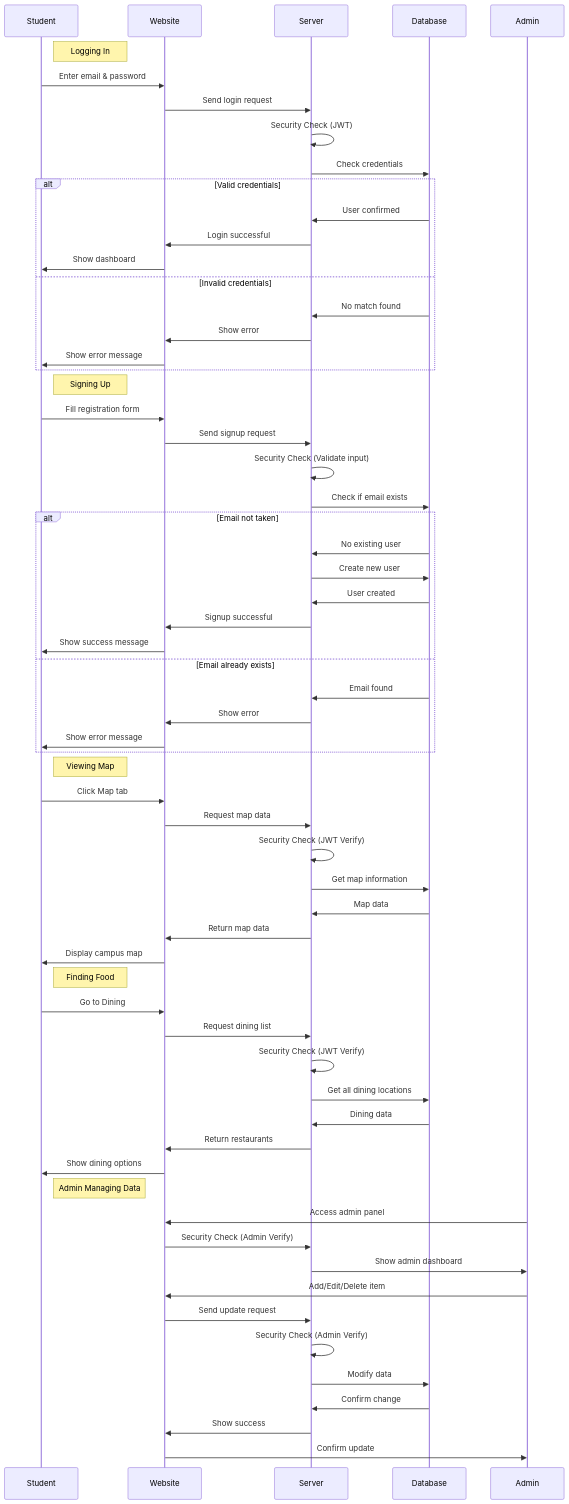
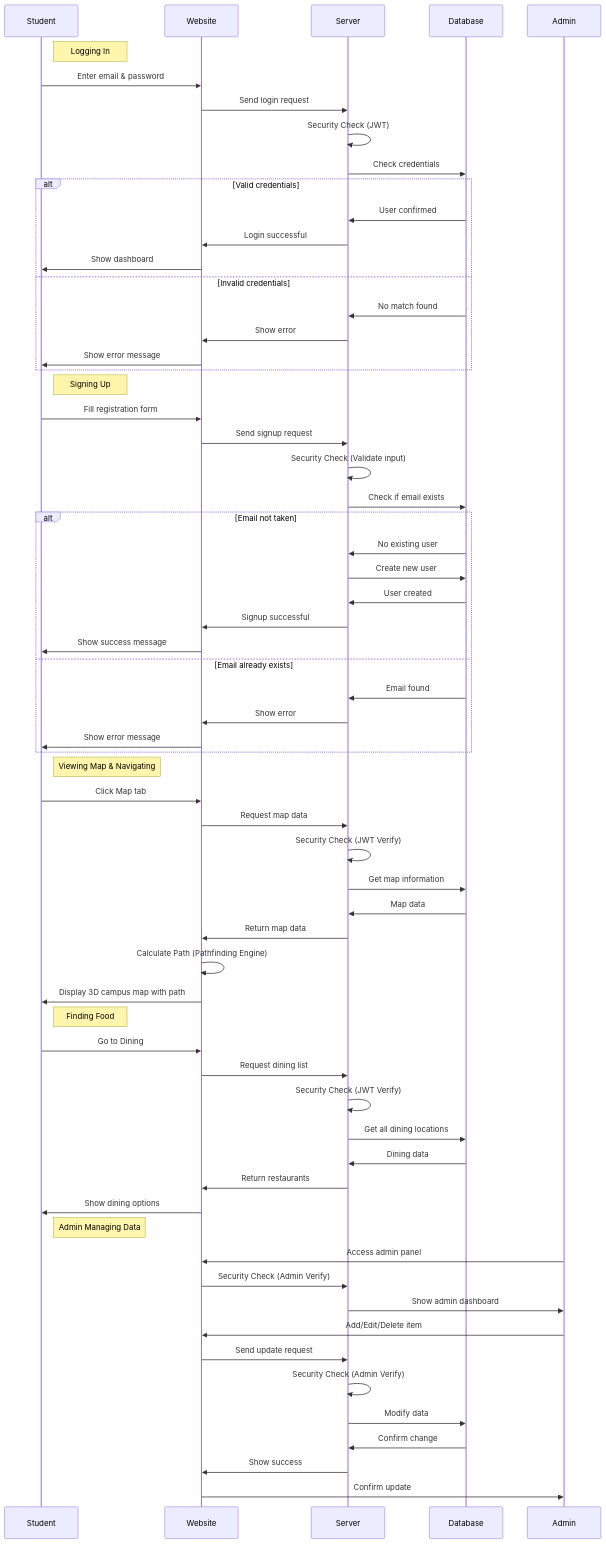
Before and after one commit to KabbalahTreeofLife/U-Nav: the fourth of 7 diagrams in ARCHITECTURE.md, drawn with Mermaid. The commit also changed other lines of this file and 43 other files, not shown here.

First line of the commit message:
Update U-Nav: refactor 3D map, pathfinding, auth, and API integrations

````diff
--- a/ARCHITECTURE.md
+++ b/ARCHITECTURE.md
@@ -140,69 +144,70 @@
 ```mermaid
 sequenceDiagram
     participant Student
     participant Website
     participant Server
     participant Database
 
     note right of Student: Logging In
     Student->>Website: Enter email & password
     Website->>Server: Send login request
     Server->>Server: Security Check (JWT)
     Server->>Database: Check credentials
     alt Valid credentials
         Database->>Server: User confirmed
         Server->>Website: Login successful
         Website->>Student: Show dashboard
     else Invalid credentials
         Database->>Server: No match found
         Server->>Website: Show error
         Website->>Student: Show error message
     end
 
     note right of Student: Signing Up
     Student->>Website: Fill registration form
     Website->>Server: Send signup request
     Server->>Server: Security Check (Validate input)
     Server->>Database: Check if email exists
     alt Email not taken
         Database->>Server: No existing user
         Server->>Database: Create new user
         Database->>Server: User created
         Server->>Website: Signup successful
         Website->>Student: Show success message
     else Email already exists
         Database->>Server: Email found
         Server->>Website: Show error
         Website->>Student: Show error message
     end
 
-    note right of Student: Viewing Map
+    note right of Student: Viewing Map & Navigating
     Student->>Website: Click Map tab
     Website->>Server: Request map data
     Server->>Server: Security Check (JWT Verify)
     Server->>Database: Get map information
     Database->>Server: Map data
     Server->>Website: Return map data
-    Website->>Student: Display campus map
+    Website->>Website: Calculate Path (Pathfinding Engine)
+    Website->>Student: Display 3D campus map with path
 
     note right of Student: Finding Food
     Student->>Website: Go to Dining
     Website->>Server: Request dining list
     Server->>Server: Security Check (JWT Verify)
     Server->>Database: Get all dining locations
     Database->>Server: Dining data
     Server->>Website: Return restaurants
     Website->>Student: Show dining options
 
     note right of Student: Admin Managing Data
     Admin->>Website: Access admin panel
     Website->>Server: Security Check (Admin Verify)
     Server->>Admin: Show admin dashboard
     Admin->>Website: Add/Edit/Delete item
     Website->>Server: Send update request
     Server->>Server: Security Check (Admin Verify)
     Server->>Database: Modify data
     Database->>Server: Confirm change
     Server->>Website: Show success
     Website->>Admin: Confirm update
 ```
````
